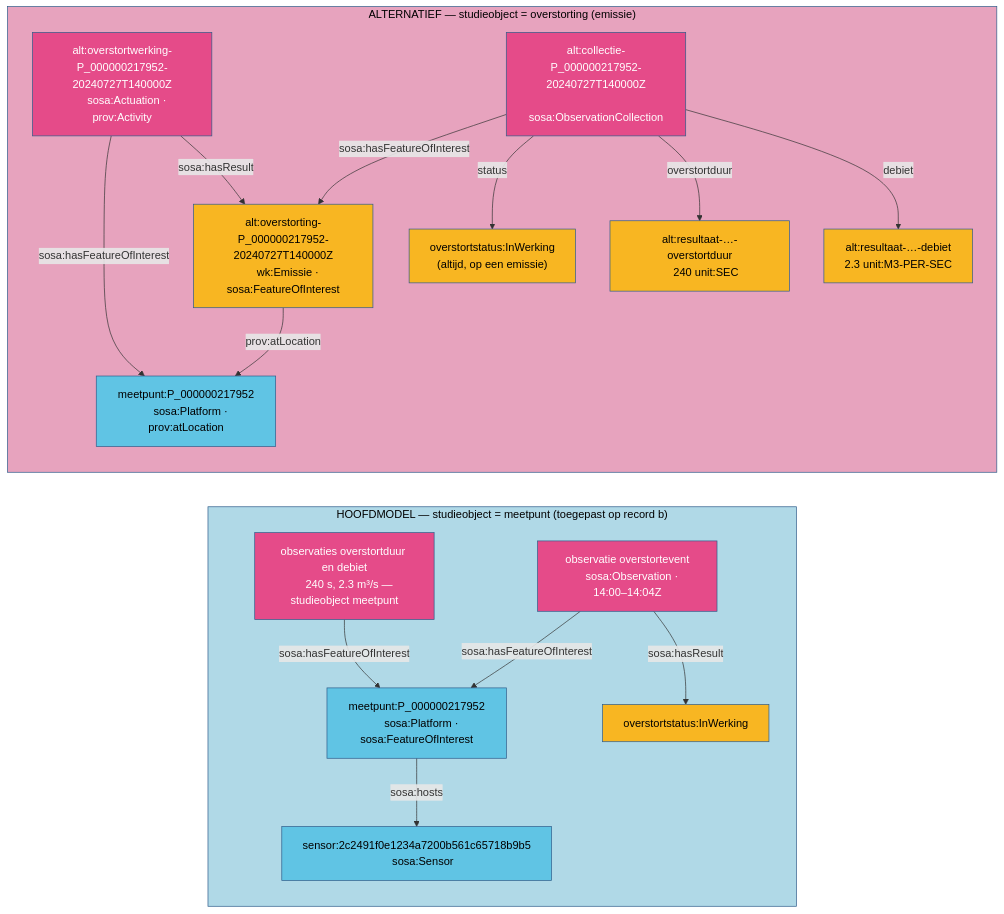
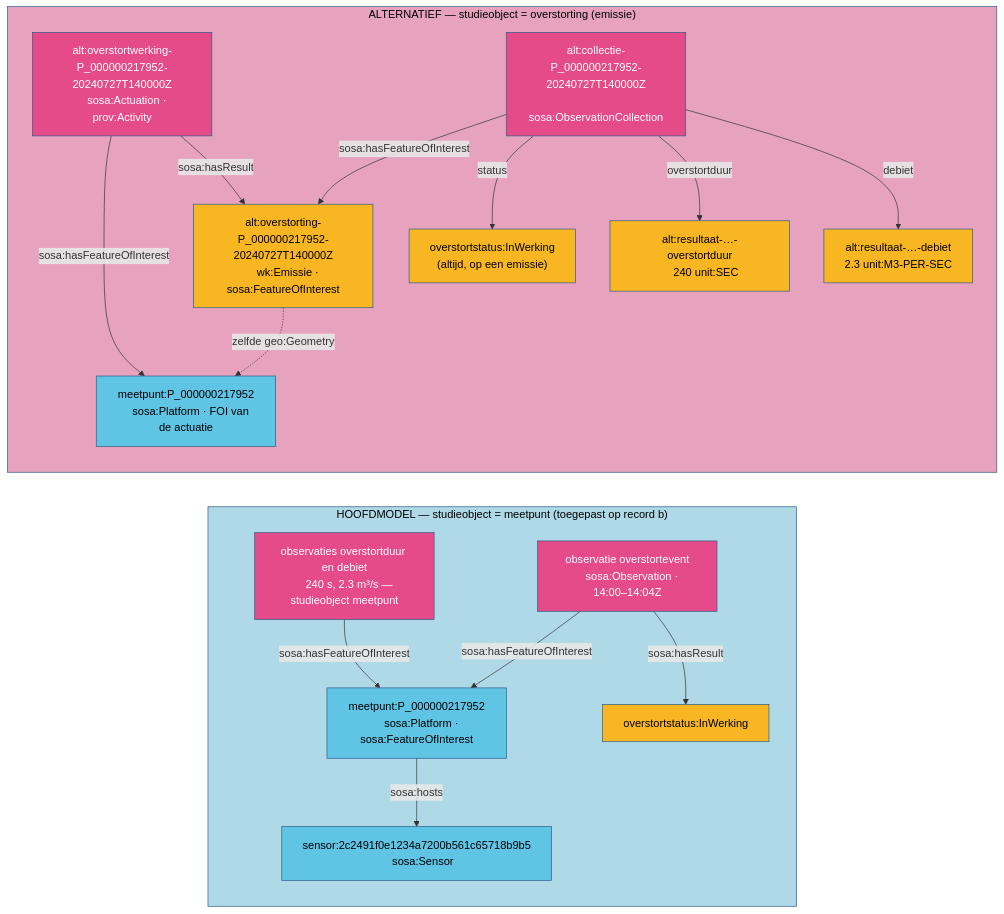
Before and after one commit to Informatievlaanderen/OSLOthema-SSNSOSA-VL: the diagram in src/main/input/overstort/alternatief/overstort_vergelijking.mmd, drawn with Mermaid. The commit also changed 5 other files, not shown here.

First line of the commit message:
overstort alternatief: emissie met geo:hasGeometry in plaats van prov:atLocation

```diff
--- a/src/main/input/overstort/alternatief/overstort_vergelijking.mmd
+++ b/src/main/input/overstort/alternatief/overstort_vergelijking.mmd
@@ -1,61 +1,61 @@
 flowchart LR
 
 subgraph HOOFD["HOOFDMODEL — studieobject = meetpunt (toegepast op record b)"]
     HM["meetpunt:P_000000217952
     sosa:Platform · sosa:FeatureOfInterest"]
     HS["sensor:2c2491f0e1234a7200b561c65718b9b5
     sosa:Sensor"]
     HO["observatie overstortevent
     sosa:Observation · 14:00–14:04Z"]
     HR["overstortstatus:InWerking"]
     HD["observaties overstortduur en debiet
     240 s, 2.3 m³/s — studieobject meetpunt"]
 end
 
 subgraph ALT["ALTERNATIEF — studieobject = overstorting (emissie)"]
     AA["alt:overstortwerking-P_000000217952-20240727T140000Z
     sosa:Actuation · prov:Activity"]
     AE["alt:overstorting-P_000000217952-20240727T140000Z
     wk:Emissie · sosa:FeatureOfInterest"]
     AM["meetpunt:P_000000217952
-    sosa:Platform · prov:atLocation"]
+    sosa:Platform · FOI van de actuatie"]
     AC["alt:collectie-P_000000217952-20240727T140000Z
     sosa:ObservationCollection"]
     AR["overstortstatus:InWerking
     (altijd, op een emissie)"]
     AD["alt:resultaat-…-overstortduur
     240 unit:SEC"]
     AQ["alt:resultaat-…-debiet
     2.3 unit:M3-PER-SEC"]
 end
 
 style HOOFD fill:#b0d9e7,stroke:#2E5C8A,color:#000
 style ALT   fill:#e7a3be,stroke:#2E5C8A,color:#000
 
 style HM fill:#60c4e4,stroke:#2E5C8A,color:#000
 style HS fill:#60c4e4,stroke:#2E5C8A,color:#000
 style HO fill:#e54b89,stroke:#2E5C8A,color:#fff
 style HR fill:#f8b622,stroke:#2E5C8A,color:#000
 style HD fill:#e54b89,stroke:#2E5C8A,color:#fff
 style AA fill:#e54b89,stroke:#2E5C8A,color:#fff
 style AE fill:#f8b622,stroke:#2E5C8A,color:#000
 style AM fill:#60c4e4,stroke:#2E5C8A,color:#000
 style AC fill:#e54b89,stroke:#2E5C8A,color:#fff
 style AR fill:#f8b622,stroke:#2E5C8A,color:#000
 style AD fill:#f8b622,stroke:#2E5C8A,color:#000
 style AQ fill:#f8b622,stroke:#2E5C8A,color:#000
 
 %% hoofdmodel
 HM -->|sosa:hosts| HS
 HO -->|sosa:hasFeatureOfInterest| HM
 HO -->|sosa:hasResult| HR
 HD -->|sosa:hasFeatureOfInterest| HM
 
 %% alternatief
 AA -->|sosa:hasFeatureOfInterest| AM
 AA -->|sosa:hasResult| AE
-AE -->|prov:atLocation| AM
+AE -.->|zelfde geo:Geometry| AM
 AC -->|sosa:hasFeatureOfInterest| AE
 AC -->|status| AR
 AC -->|overstortduur| AD
 AC -->|debiet| AQ
```
